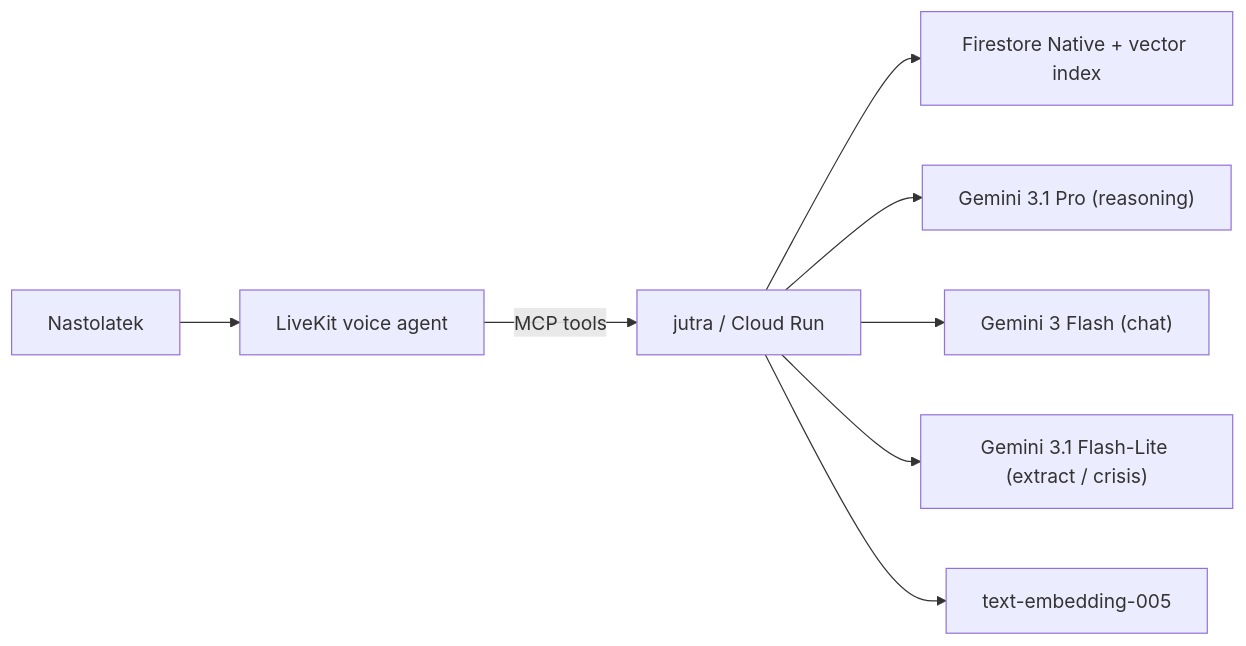
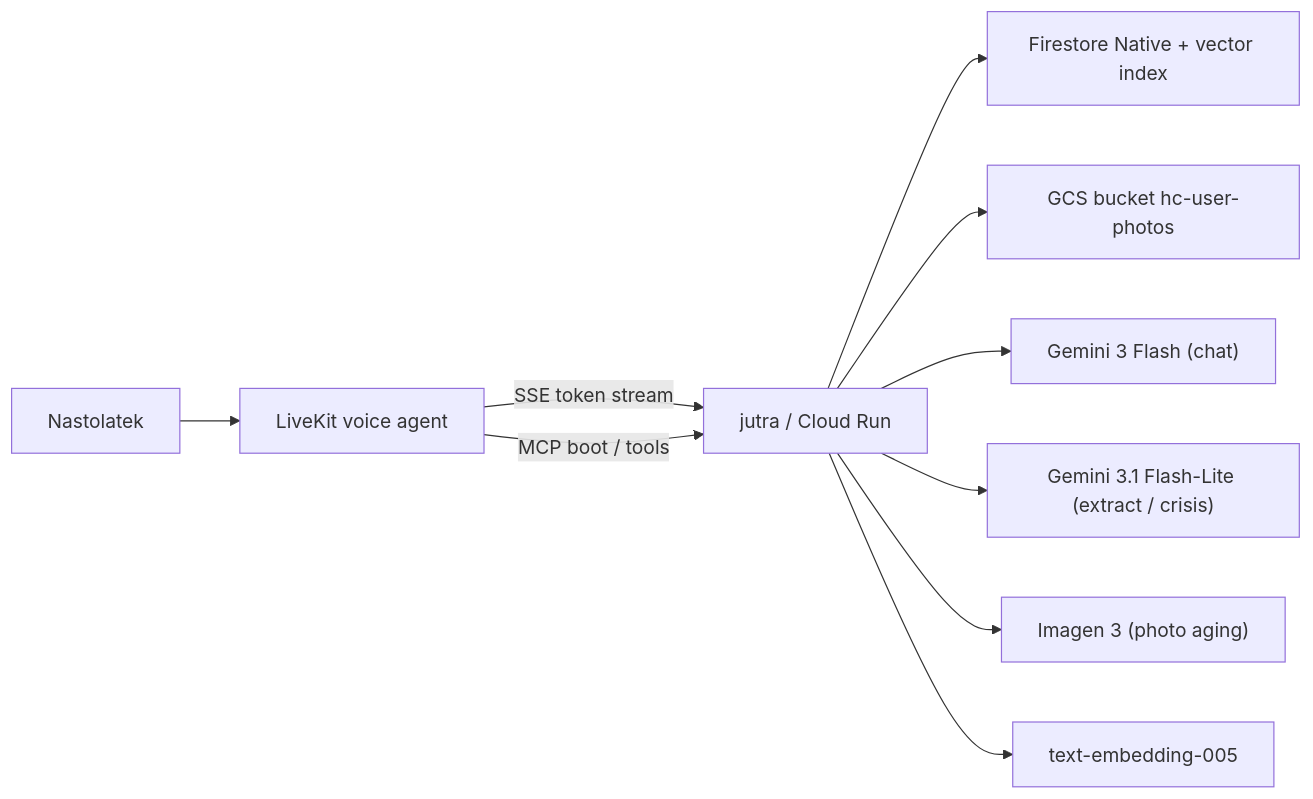
Before and after one commit to fatygant/hc-adk: the diagram in README.md, drawn with Mermaid. The commit also changed other lines of this file and 60 other files, not shown here.

````diff
--- a/README.md
+++ b/README.md
@@ -14,10 +16,12 @@
 ```mermaid
 flowchart LR
     user[Nastolatek] --> lk[LiveKit voice agent]
-    lk -- MCP tools --> jutra[jutra / Cloud Run]
+    lk -- SSE token stream --> jutra[jutra / Cloud Run]
+    lk -- MCP boot / tools --> jutra
     jutra --> fs[Firestore Native + vector index]
-    jutra --> v1["Gemini 3.1 Pro (reasoning)"]
-    jutra --> v2["Gemini 3 Flash (chat)"]
-    jutra --> v3["Gemini 3.1 Flash-Lite (extract / crisis)"]
+    jutra --> gcs[GCS bucket hc-user-photos]
+    jutra --> v1["Gemini 3 Flash (chat)"]
+    jutra --> v2["Gemini 3.1 Flash-Lite (extract / crisis)"]
+    jutra --> v3["Imagen 3 (photo aging)"]
     jutra --> emb["text-embedding-005"]
 ```
````
